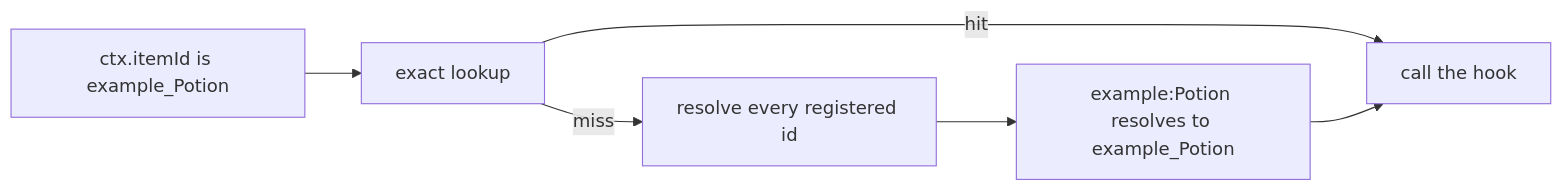
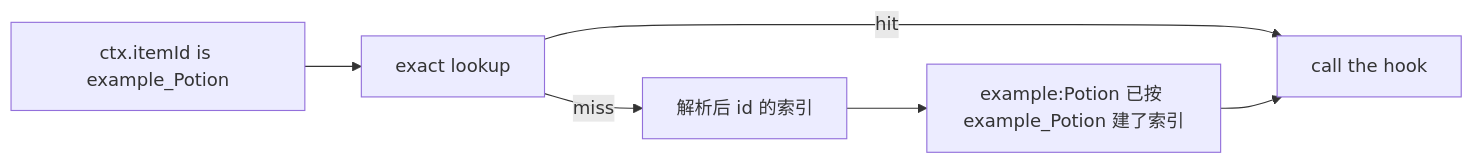
Before and after one commit to dr-mikan/PalForge: the third of 5 diagrams in docs/content/docs/api/item.zh.mdx, drawn with Mermaid. The commit also changed other lines of this file and 190 other files, not shown here.

````diff
--- a/docs/content/docs/api/item.zh.mdx
+++ b/docs/content/docs/api/item.zh.mdx
@@ -248,8 +275,8 @@
 ```mermaid
 flowchart LR
   A["ctx.itemId is example_Potion"] --> B[exact lookup]
   B -->|hit| C[call the hook]
-  B -->|miss| D[resolve every registered id]
-  D --> E["example:Potion resolves to example_Potion"]
+  B -->|miss| D["解析后 id 的索引"]
+  D --> E["example:Potion 已按 example_Potion 建了索引"]
   E --> C
 ```
````
